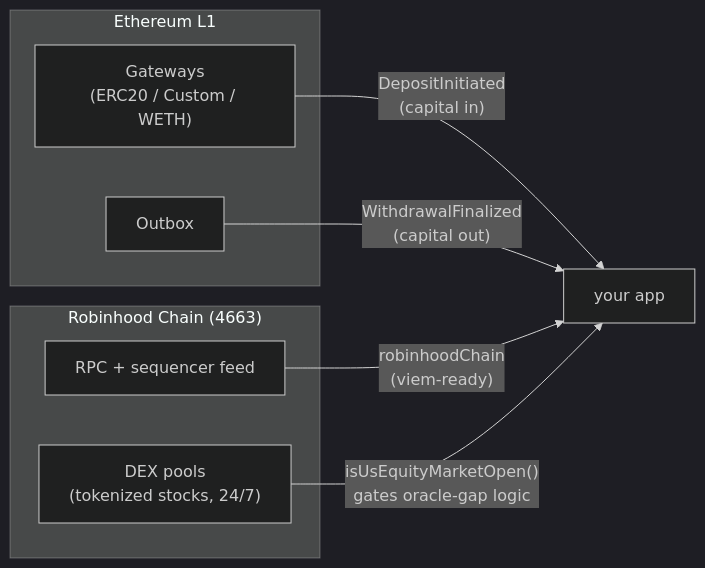
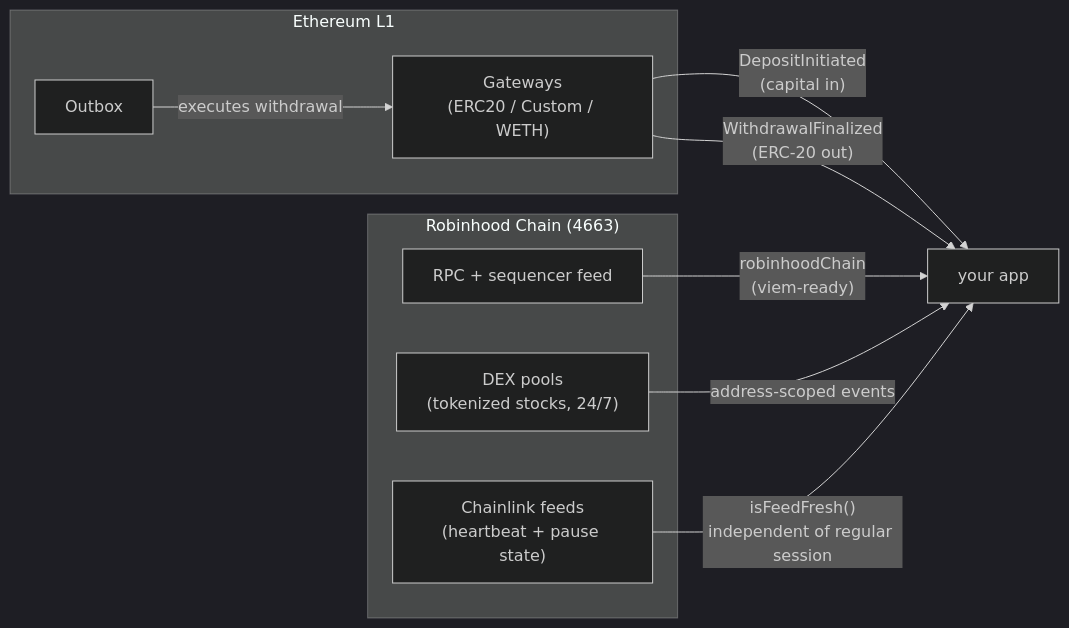
One commit to mkrz-x/robinhood-chain-kit changed the diagram in assets/architecture.mmd. Above: the diagram before and after it, drawn with Mermaid (dark theme). The commit also changed 29 other files, not shown here.

```diff
--- a/assets/architecture.mmd
+++ b/assets/architecture.mmd
@@ -1,14 +1,17 @@
 flowchart LR
   subgraph L1["Ethereum L1"]
     GW["Gateways\n(ERC20 / Custom / WETH)"]
     OB["Outbox"]
   end
   subgraph L2["Robinhood Chain (4663)"]
     RPC["RPC + sequencer feed"]
     DEX["DEX pools\n(tokenized stocks, 24/7)"]
+    ORACLE["Chainlink feeds\n(heartbeat + pause state)"]
   end
   APP["your app"]
   GW -- "DepositInitiated\n(capital in)" --> APP
-  OB -- "WithdrawalFinalized\n(capital out)" --> APP
+  OB -- "executes withdrawal" --> GW
+  GW -- "WithdrawalFinalized\n(ERC-20 out)" --> APP
   RPC -- "robinhoodChain\n(viem-ready)" --> APP
-  DEX -- "isUsEquityMarketOpen()\ngates oracle-gap logic" --> APP
+  DEX -- "address-scoped events" --> APP
+  ORACLE -- "isFeedFresh()\nindependent of regular session" --> APP
```
